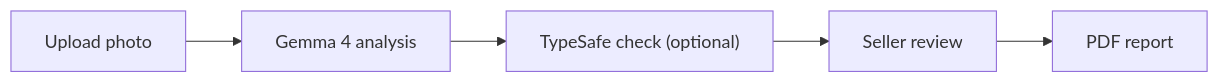
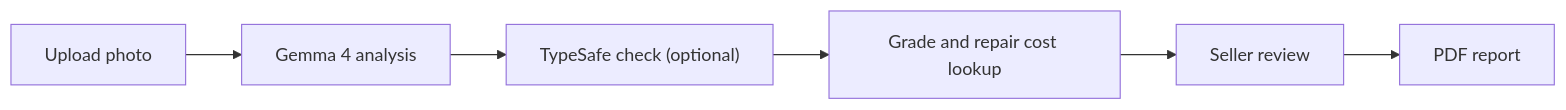
The diagram in README.md (ben-robles/disclosure), drawn with Mermaid before and after one commit. The commit also changed other lines of this file, not shown here.

````diff
--- a/README.md
+++ b/README.md
@@ -71,7 +87,8 @@
 ```mermaid
 flowchart LR
   Photo["Upload photo"] --> Gemma["Gemma 4 analysis"]
   Gemma --> Check["TypeSafe check (optional)"]
-  Check --> Review["Seller review"]
+  Check --> Grade["Grade and repair cost lookup"]
+  Grade --> Review["Seller review"]
   Review --> PDF["PDF report"]
 ```
````
